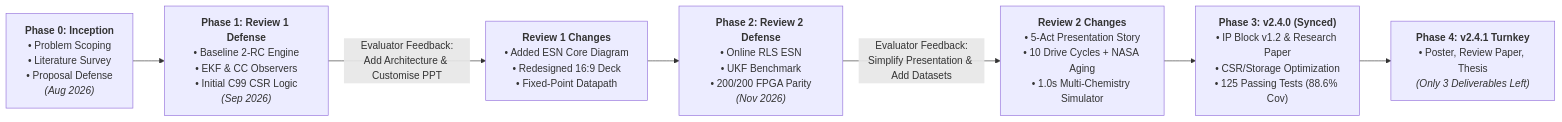
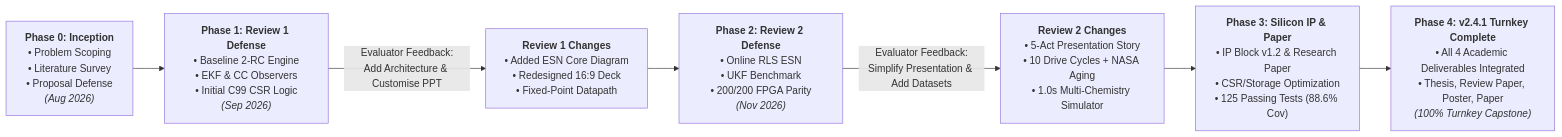
The first of 3 diagrams in README.md (tanish-jain-225/Battery_State_Estimator_BE_Project_2026_2027), drawn with Mermaid before and after one commit. The commit also changed other lines of this file and 24 other files, not shown here.

Commit message:
feat(release): v2.4.1 complete turnkey capstone release with thesis and poster

````diff
--- a/README.md
+++ b/README.md
@@ -69,10 +69,10 @@
 ```mermaid
 flowchart LR
     P0["<b>Phase 0: Inception</b><br/>• Problem Scoping<br/>• Literature Survey<br/>• Proposal Defense<br/><i>(Aug 2026)</i>"] 
     P0 --> P1["<b>Phase 1: Review 1 Defense</b><br/>• Baseline 2-RC Engine<br/>• EKF & CC Observers<br/>• Initial C99 CSR Logic<br/><i>(Sep 2026)</i>"]
     P1 -->|"Evaluator Feedback:<br/>Add Architecture & Customise PPT"| P1_Fix["<b>Review 1 Changes</b><br/>• Added ESN Core Diagram<br/>• Redesigned 16:9 Deck<br/>• Fixed-Point Datapath"]
     P1_Fix --> P2["<b>Phase 2: Review 2 Defense</b><br/>• Online RLS ESN<br/>• UKF Benchmark<br/>• 200/200 FPGA Parity<br/><i>(Nov 2026)</i>"]
     P2 -->|"Evaluator Feedback:<br/>Simplify Presentation & Add Datasets"| P2_Fix["<b>Review 2 Changes</b><br/>• 5-Act Presentation Story<br/>• 10 Drive Cycles + NASA Aging<br/>• 1.0s Multi-Chemistry Simulator"]
-    P2_Fix --> P3["<b>Phase 3: v2.4.0 (Synced)</b><br/>• IP Block v1.2 & Research Paper<br/>• CSR/Storage Optimization<br/>• 125 Passing Tests (88.6% Cov)"]
-    P3 --> P4["<b>Phase 4: v2.4.1 Turnkey</b><br/>• Poster, Review Paper, Thesis<br/><i>(Only 3 Deliverables Left)</i>"]
+    P2_Fix --> P3["<b>Phase 3: Silicon IP & Paper</b><br/>• IP Block v1.2 & Research Paper<br/>• CSR/Storage Optimization<br/>• 125 Passing Tests (88.6% Cov)"]
+    P3 --> P4["<b>Phase 4: v2.4.1 Turnkey Complete</b><br/>• All 4 Academic Deliverables Integrated<br/>• Thesis, Review Paper, Poster, Paper<br/><i>(100% Turnkey Capstone)</i>"]
 ```
````
